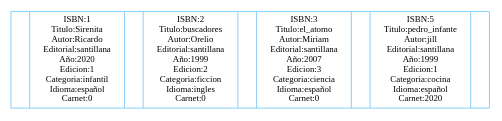
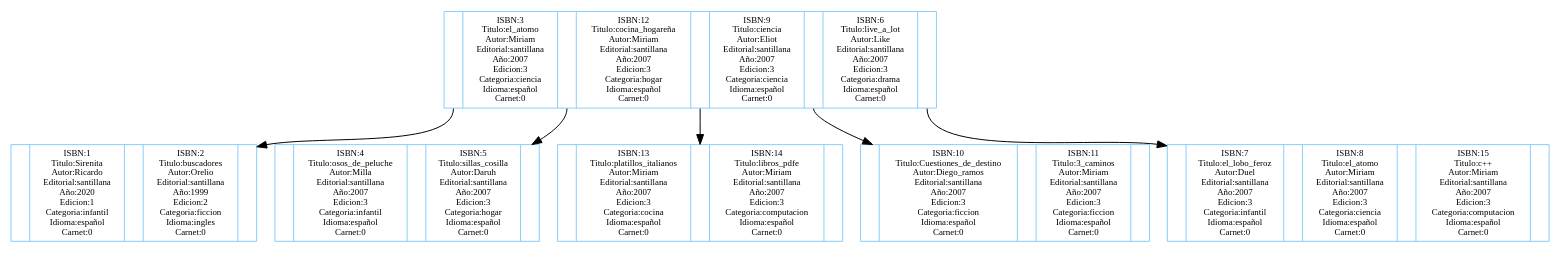
One commit to AdriGomez95/EDD_1S2020_PY2_201504236 changed the diagram in Proyecto2/arbolLibrosGeneral.dot. Above: the diagram before and after it, drawn with Graphviz. The commit also changed 55 other files, not shown here.

```diff
--- a/Proyecto2/arbolLibrosGeneral.dot
+++ b/Proyecto2/arbolLibrosGeneral.dot
@@ -1,10 +1,26 @@
 digraph matriz{
  rankdir=TB;
 node [ shape=ellipse fontsize=9 color= lightskyblue fontname = Verdana ];
 edge [];
-NodoSirenita1[shape = record fillcolor= lightskyblue,label="<p0>|<cont1>ISBN:1    \nTitulo:Sirenita    \nAutor:Ricardo    \nEditorial:santillana    \nAño:2020    \nEdicion:1    \nCategoria:infantil    \nIdioma:español    \nCarnet:0    |<p1>
+Nodoel_atomo3[shape = record fillcolor= lightskyblue,label="<p0>|<cont1>ISBN:3    \nTitulo:el_atomo    \nAutor:Miriam    \nEditorial:santillana    \nAño:2007    \nEdicion:3    \nCategoria:ciencia    \nIdioma:español    \nCarnet:0    |<p1>
+|<cont2>ISBN:12    \nTitulo:cocina_hogareña    \nAutor:Miriam    \nEditorial:santillana    \nAño:2007    \nEdicion:3    \nCategoria:hogar    \nIdioma:español    \nCarnet:0    |<p2>
+|<cont3>ISBN:9    \nTitulo:ciencia    \nAutor:Eliot    \nEditorial:santillana    \nAño:2007    \nEdicion:3    \nCategoria:ciencia    \nIdioma:español    \nCarnet:0    |<p3>
+|<cont4>ISBN:6    \nTitulo:live_a_lot    \nAutor:Like    \nEditorial:santillana    \nAño:2007    \nEdicion:3    \nCategoria:drama    \nIdioma:español    \nCarnet:0    |<p4>
+"];NodoSirenita1[shape = record fillcolor= lightskyblue,label="<p0>|<cont1>ISBN:1    \nTitulo:Sirenita    \nAutor:Ricardo    \nEditorial:santillana    \nAño:2020    \nEdicion:1    \nCategoria:infantil    \nIdioma:español    \nCarnet:0    |<p1>
 |<cont2>ISBN:2    \nTitulo:buscadores    \nAutor:Orelio    \nEditorial:santillana    \nAño:1999    \nEdicion:2    \nCategoria:ficcion    \nIdioma:ingles    \nCarnet:0    |<p2>
-|<cont3>ISBN:3    \nTitulo:el_atomo    \nAutor:Miriam    \nEditorial:santillana    \nAño:2007    \nEdicion:3    \nCategoria:ciencia    \nIdioma:español    \nCarnet:0    |<p3>
-|<cont4>ISBN:5    \nTitulo:pedro_infante    \nAutor:jill    \nEditorial:santillana    \nAño:1999    \nEdicion:1    \nCategoria:cocina    \nIdioma:español    \nCarnet:2020    |<p4>
-"];
+"];Nodoosos_de_peluche4[shape = record fillcolor= lightskyblue,label="<p0>|<cont1>ISBN:4    \nTitulo:osos_de_peluche    \nAutor:Milla    \nEditorial:santillana    \nAño:2007    \nEdicion:3    \nCategoria:infantil    \nIdioma:español    \nCarnet:0    |<p1>
+|<cont2>ISBN:5    \nTitulo:sillas_cosilla    \nAutor:Daruh    \nEditorial:santillana    \nAño:2007    \nEdicion:3    \nCategoria:hogar    \nIdioma:español    \nCarnet:0    |<p2>
+"];Nodoplatillos_italianos13[shape = record fillcolor= lightskyblue,label="<p0>|<cont1>ISBN:13    \nTitulo:platillos_italianos    \nAutor:Miriam    \nEditorial:santillana    \nAño:2007    \nEdicion:3    \nCategoria:cocina    \nIdioma:español    \nCarnet:0    |<p1>
+|<cont2>ISBN:14    \nTitulo:libros_pdfe    \nAutor:Miriam    \nEditorial:santillana    \nAño:2007    \nEdicion:3    \nCategoria:computacion    \nIdioma:español    \nCarnet:0    |<p2>
+"];NodoCuestiones_de_destino10[shape = record fillcolor= lightskyblue,label="<p0>|<cont1>ISBN:10    \nTitulo:Cuestiones_de_destino    \nAutor:Diego_ramos    \nEditorial:santillana    \nAño:2007    \nEdicion:3    \nCategoria:ficcion    \nIdioma:español    \nCarnet:0    |<p1>
+|<cont2>ISBN:11    \nTitulo:3_caminos    \nAutor:Miriam    \nEditorial:santillana    \nAño:2007    \nEdicion:3    \nCategoria:ficcion    \nIdioma:español    \nCarnet:0    |<p2>
+"];Nodoel_lobo_feroz7[shape = record fillcolor= lightskyblue,label="<p0>|<cont1>ISBN:7    \nTitulo:el_lobo_feroz    \nAutor:Duel    \nEditorial:santillana    \nAño:2007    \nEdicion:3    \nCategoria:infantil    \nIdioma:español    \nCarnet:0    |<p1>
+|<cont2>ISBN:8    \nTitulo:el_atomo    \nAutor:Miriam    \nEditorial:santillana    \nAño:2007    \nEdicion:3    \nCategoria:ciencia    \nIdioma:español    \nCarnet:0    |<p2>
+|<cont3>ISBN:15    \nTitulo:c++    \nAutor:Miriam    \nEditorial:santillana    \nAño:2007    \nEdicion:3    \nCategoria:computacion    \nIdioma:español    \nCarnet:0    |<p3>
+"];Nodoel_atomo3:p0->NodoSirenita1[constraint=true];
+Nodoel_atomo3:p1->Nodoosos_de_peluche4[constraint=true];
+Nodoel_atomo3:p2->Nodoplatillos_italianos13[constraint=true];
+Nodoel_atomo3:p3->NodoCuestiones_de_destino10[constraint=true];
+Nodoel_atomo3:p4->Nodoel_lobo_feroz7[constraint=true];
+
 }
```
